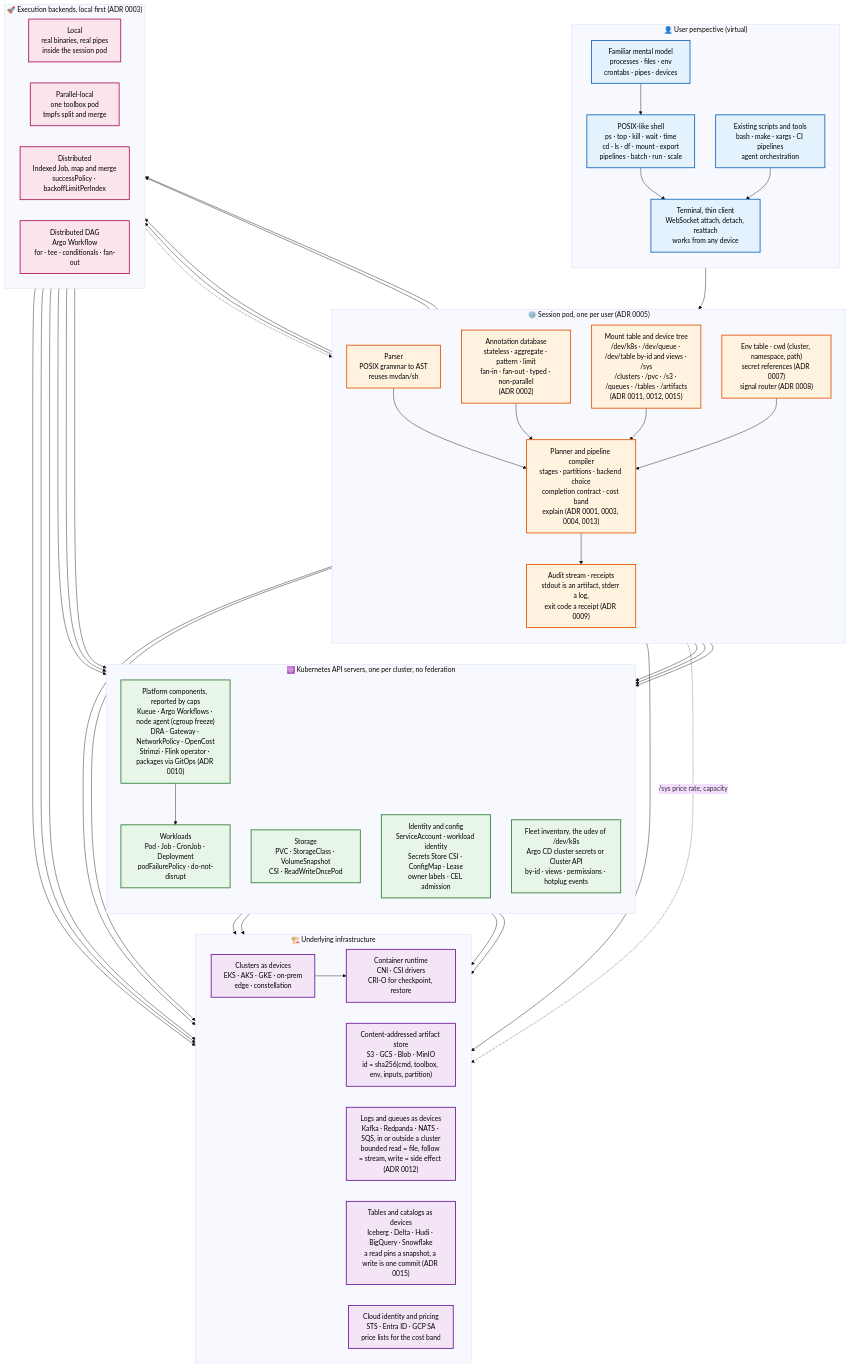
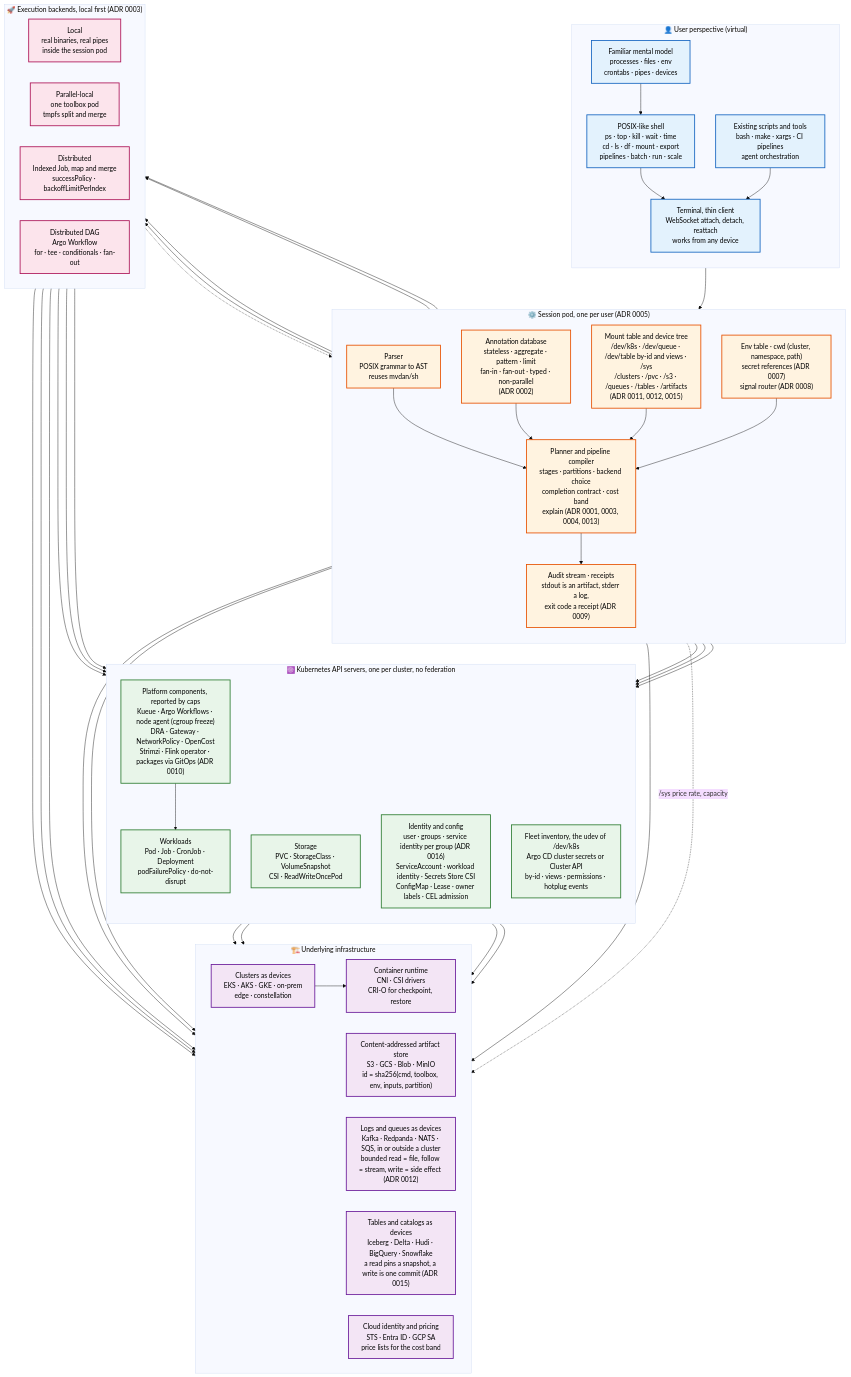
One commit to marcioyoshida/Convoy-Fleet-Manager changed the diagram in README.md. Above: the diagram before and after it, drawn with Mermaid (base theme). The commit also changed other lines of this file and 12 other files, not shown here.

First line of the commit message:
Draft ADR 0016: identity is a user, rights belong to groups

```diff
--- a/README.md
+++ b/README.md
@@ -108,7 +108,7 @@
         direction TB
         Workloads["Workloads<br/>Pod · Job · CronJob · Deployment<br/>podFailurePolicy · do-not-disrupt"]
         Storage["Storage<br/>PVC · StorageClass · VolumeSnapshot<br/>CSI · ReadWriteOncePod"]
-        Identity["Identity and config<br/>ServiceAccount · workload identity<br/>Secrets Store CSI · ConfigMap · Lease<br/>owner labels · CEL admission"]
+        Identity["Identity and config<br/>user · groups · service identity per group (ADR 0016)<br/>ServiceAccount · workload identity · Secrets Store CSI<br/>ConfigMap · Lease · owner labels · CEL admission"]
         Platform["Platform components, reported by caps<br/>Kueue · Argo Workflows · node agent (cgroup freeze)<br/>DRA · Gateway · NetworkPolicy · OpenCost<br/>Strimzi · Flink operator · packages via GitOps (ADR 0010)"]
         Inventory["Fleet inventory, the udev of /dev/k8s<br/>Argo CD cluster secrets or Cluster API<br/>by-id · views · permissions · hotplug events"]
     end
```
